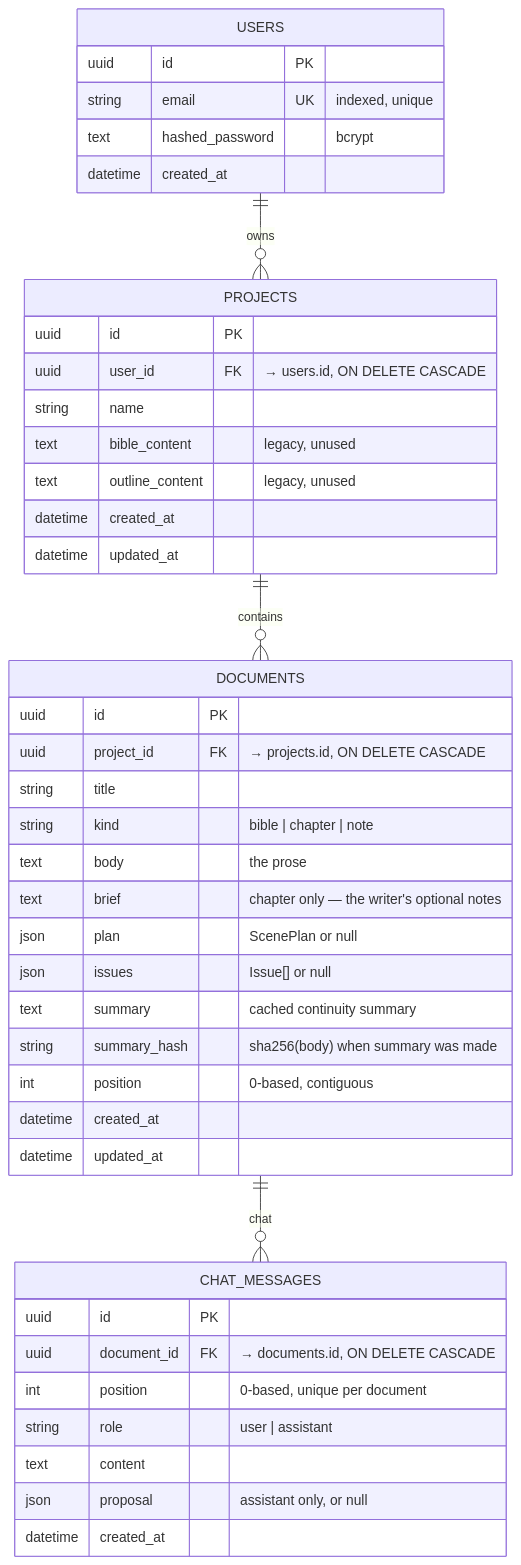
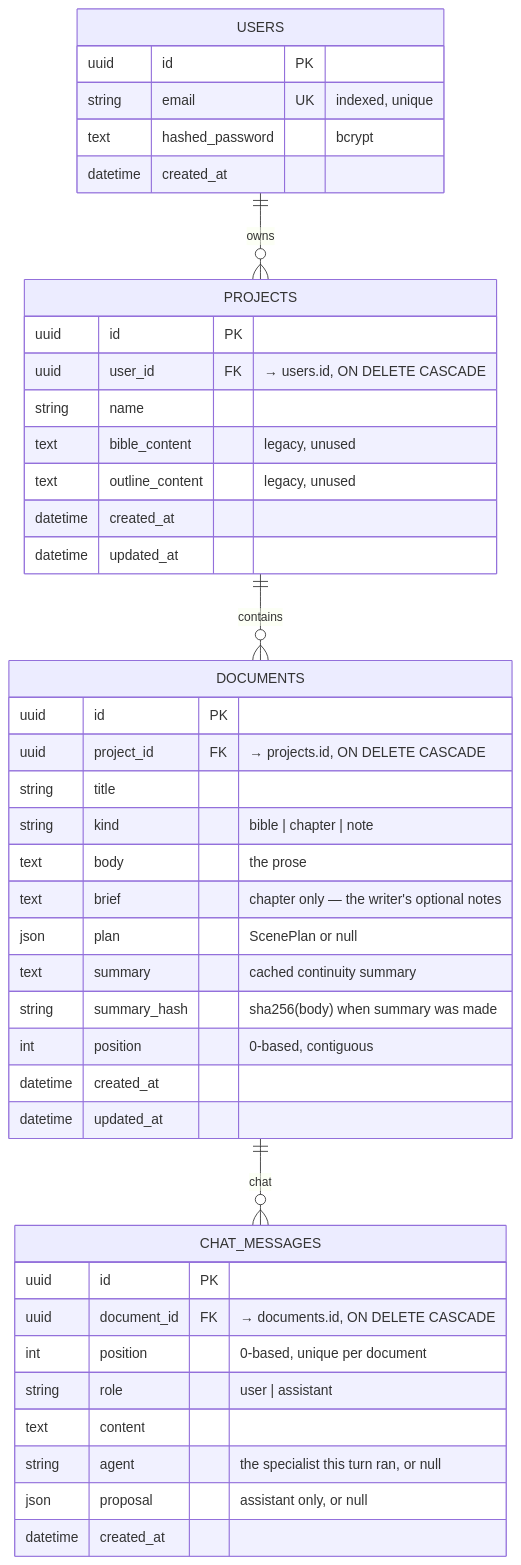
One commit to Akazz-L/maya changed the first of 3 diagrams in docs/diagrams/02-backend-data-model.md. Above: the diagram before and after it, drawn with Mermaid. The commit also changed other lines of this file and 60 other files, not shown here.

````diff
--- a/docs/diagrams/02-backend-data-model.md
+++ b/docs/diagrams/02-backend-data-model.md
@@ -7,49 +7,49 @@
 ```mermaid
 erDiagram
     USERS ||--o{ PROJECTS : owns
     PROJECTS ||--o{ DOCUMENTS : contains
     DOCUMENTS ||--o{ CHAT_MESSAGES : "chat"
 
     USERS {
         uuid id PK
         string email UK "indexed, unique"
         text hashed_password "bcrypt"
         datetime created_at
     }
 
     PROJECTS {
         uuid id PK
         uuid user_id FK "→ users.id, ON DELETE CASCADE"
         string name
         text bible_content "legacy, unused"
         text outline_content "legacy, unused"
         datetime created_at
         datetime updated_at
     }
 
     DOCUMENTS {
         uuid id PK
         uuid project_id FK "→ projects.id, ON DELETE CASCADE"
         string title
         string kind "bible | chapter | note"
         text body "the prose"
         text brief "chapter only — the writer's optional notes"
         json plan "ScenePlan or null"
-        json issues "Issue[] or null"
         text summary "cached continuity summary"
         string summary_hash "sha256(body) when summary was made"
         int position "0-based, contiguous"
         datetime created_at
         datetime updated_at
     }
 
     CHAT_MESSAGES {
         uuid id PK
         uuid document_id FK "→ documents.id, ON DELETE CASCADE"
         int position "0-based, unique per document"
         string role "user | assistant"
         text content
+        string agent "the specialist this turn ran, or null"
         json proposal "assistant only, or null"
         datetime created_at
     }
 ```
````
